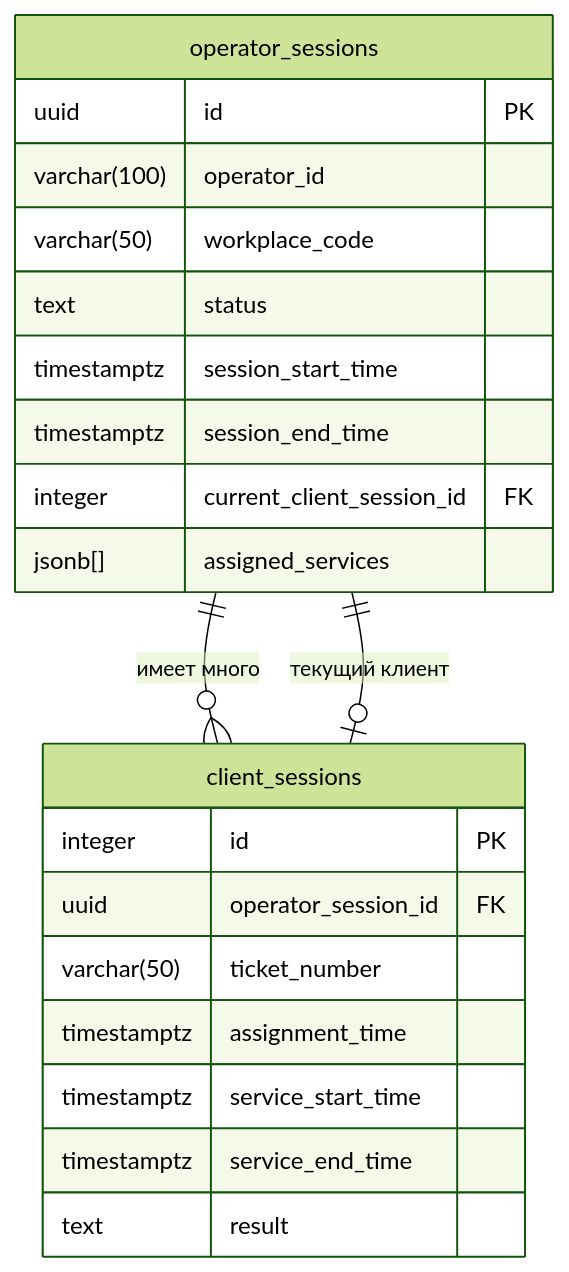
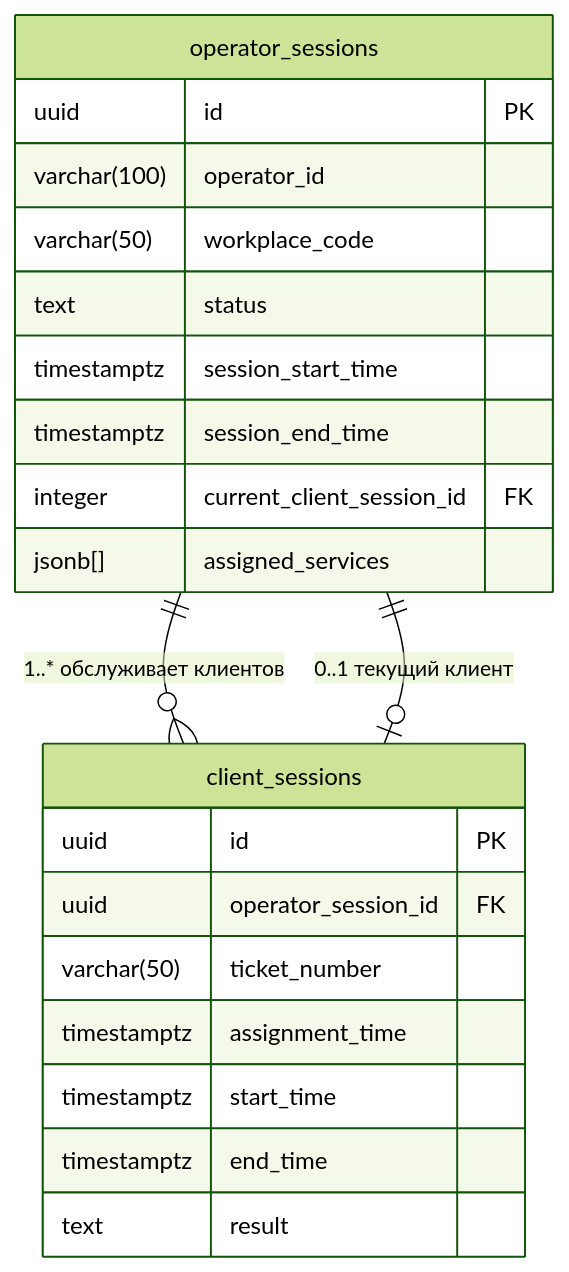
The diagram in services/operator-interface/docs/database.md (NullDefenders/QueueManagementSystem), drawn with Mermaid (forest theme) before and after one commit. The commit also changed other lines of this file, not shown here.

````diff
--- a/services/operator-interface/docs/database.md
+++ b/services/operator-interface/docs/database.md
@@ -8,26 +8,26 @@
 ```mermaid
 erDiagram
     operator_sessions {
         uuid id PK
         varchar(100) operator_id
         varchar(50) workplace_code
         text status
         timestamptz session_start_time
         timestamptz session_end_time
         integer current_client_session_id FK
         jsonb[] assigned_services
     }
     
     client_sessions {
-        integer id PK
+        uuid id PK
         uuid operator_session_id FK
         varchar(50) ticket_number
         timestamptz assignment_time
-        timestamptz service_start_time
-        timestamptz service_end_time
+        timestamptz start_time
+        timestamptz end_time
         text result
     }
     
-    operator_sessions ||--o{ client_sessions : "имеет много"
-    operator_sessions ||--o| client_sessions : "текущий клиент"
+    operator_sessions ||--o{ client_sessions : "1..* обслуживает клиентов"
+    operator_sessions ||--o| client_sessions : "0..1 текущий клиент"
 ```
````
